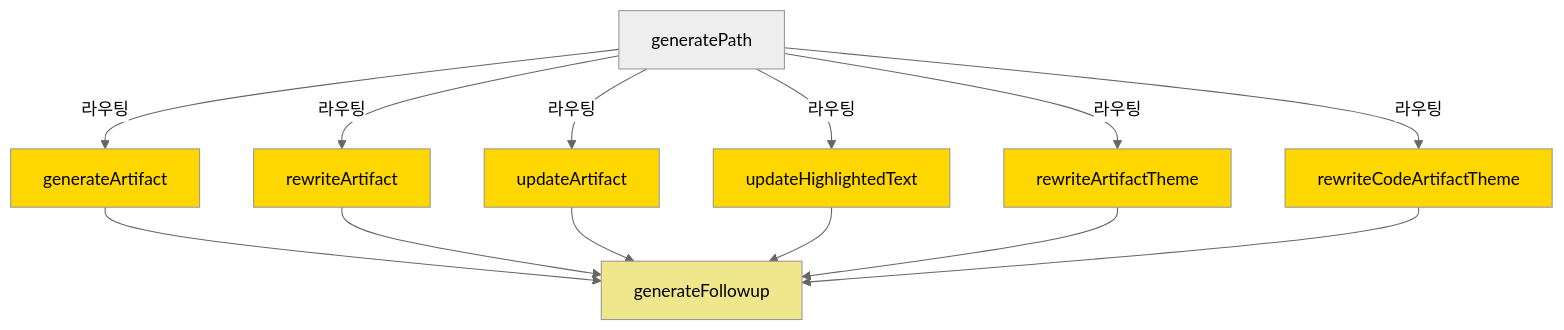
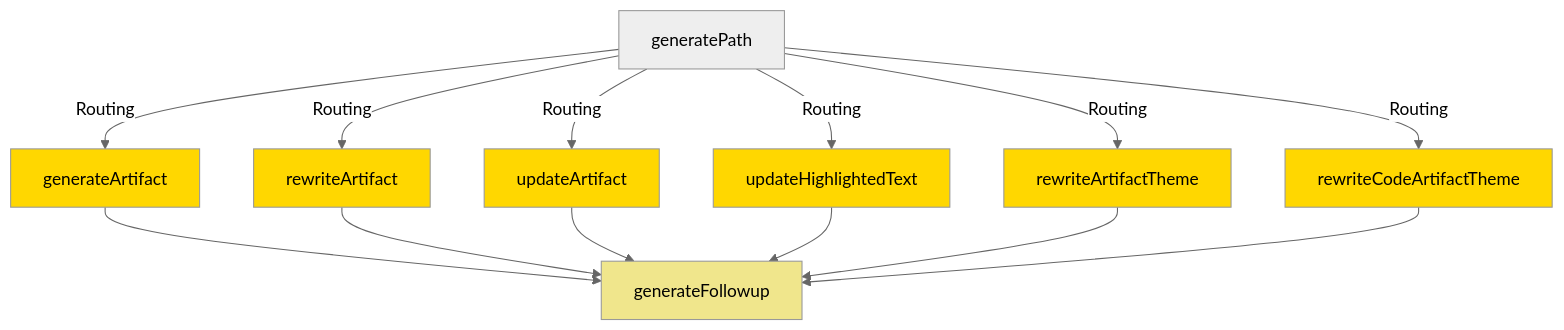
Before and after one commit to hi-space/open-canvas-bedrock: the third of 5 diagrams in apps/agents/open_canvas/README.md, drawn with Mermaid (neutral theme). The commit also changed other lines of this file and 18 other files, not shown here.

````diff
--- a/apps/agents/open_canvas/README.md
+++ b/apps/agents/open_canvas/README.md
@@ -77,24 +77,24 @@
 ```mermaid
 graph TD
-    A[generatePath] -->|라우팅| B1[generateArtifact]
-    A -->|라우팅| B2[rewriteArtifact]
-    A -->|라우팅| B3[updateArtifact]
-    A -->|라우팅| B4[updateHighlightedText]
-    A -->|라우팅| B5[rewriteArtifactTheme]
-    A -->|라우팅| B6[rewriteCodeArtifactTheme]
+    A[generatePath] -->|Routing| B1[generateArtifact]
+    A -->|Routing| B2[rewriteArtifact]
+    A -->|Routing| B3[updateArtifact]
+    A -->|Routing| B4[updateHighlightedText]
+    A -->|Routing| B5[rewriteArtifactTheme]
+    A -->|Routing| B6[rewriteCodeArtifactTheme]
     
     B1 --> C[generateFollowup]
     B2 --> C
     B3 --> C
     B4 --> C
     B5 --> C
     B6 --> C
     
     style B1 fill:#FFD700
     style B2 fill:#FFD700
     style B3 fill:#FFD700
     style B4 fill:#FFD700
     style B5 fill:#FFD700
     style B6 fill:#FFD700
     style C fill:#F0E68C
 ```
````
